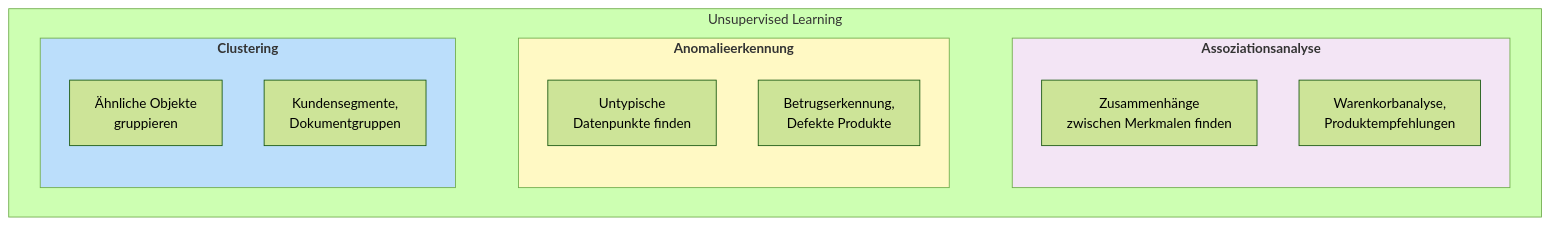
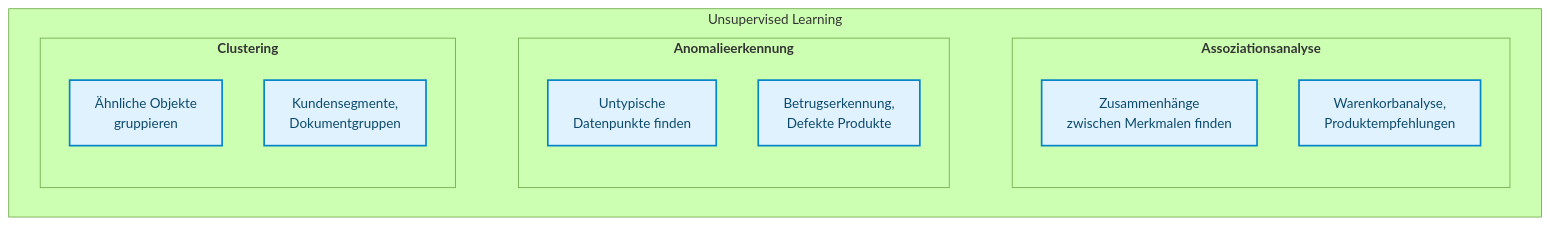
The ninth of 14 diagrams in docs/concepts/grundlagen/machine_learning_grundlagen.md (ralf-42/ML_Intro), drawn with Mermaid (forest theme) before and after one commit. The commit also changed other lines of this file and 67 other files, not shown here.

````diff
--- a/docs/concepts/grundlagen/machine_learning_grundlagen.md
+++ b/docs/concepts/grundlagen/machine_learning_grundlagen.md
@@ -351,27 +359,25 @@
 ```mermaid
 flowchart TB
     subgraph UL["Unsupervised Learning"]
         direction LR
         
         subgraph CL["<b>Clustering"]
             CL_DESC["Ähnliche Objekte<br/>gruppieren"]
             CL_EX["Kundensegmente,<br/>Dokumentgruppen"]
         end
         
         subgraph AN["<b>Anomalieerkennung"]
             AN_DESC["Untypische<br/>Datenpunkte finden"]
             AN_EX["Betrugserkennung,<br/>Defekte Produkte"]
         end
         
 		subgraph AS["<b>Assoziationsanalyse"]
 		    AS_DESC["Zusammenhänge<br/>zwischen Merkmalen finden"]
 		    AS_EX["Warenkorbanalyse,<br/>Produktempfehlungen"]
 		end
 	end
 	
 	CL ~~~ AN ~~~ AS
-    
-    style CL fill:#bbdefb
-    style AN fill:#fff9c4
-    style AS fill:#f3e5f5
+
+    classDef default fill:#e0f2fe,stroke:#0284c7,stroke-width:2px,color:#0c4a6e;
 ```
````
